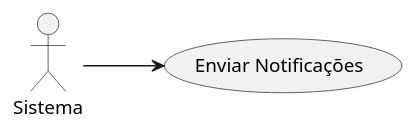
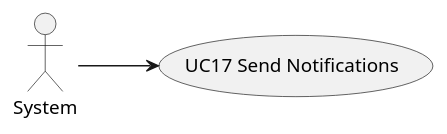
Before and after one commit to pedrojcoliveira/ENGREQ-Grupo3: the diagram in Data/Diagrams/UseCaseDiagrams/System/UseCaseSystem.puml, drawn with PlantUML. The commit also changed 2 other files, not shown here.

Commit message:
Add combined UC diagram plus english translation

```diff
--- a/Data/Diagrams/UseCaseDiagrams/System/UseCaseSystem.puml
+++ b/Data/Diagrams/UseCaseDiagrams/System/UseCaseSystem.puml
@@ -1,7 +1,7 @@
 @startuml
 left to right direction
-actor "Sistema" as System
+actor "System" as System
 
-System --> (Enviar Notificações)
+System --> (UC17 Send Notifications)
 
 @enduml
```
